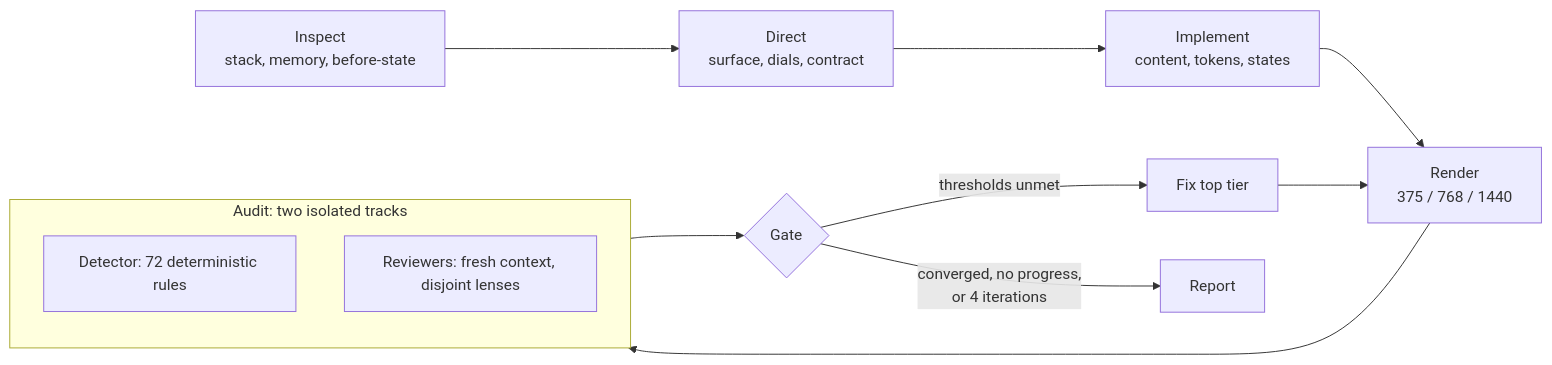
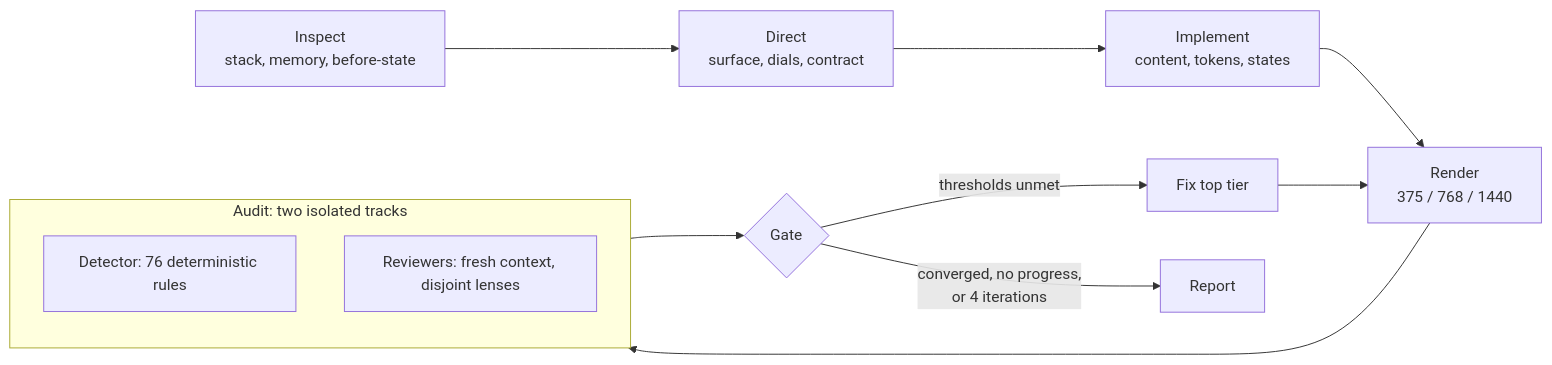
One commit to lexsantor/lexia-design changed the diagram in README.md. Above: the diagram before and after it, drawn with Mermaid. The commit also changed other lines of this file and 20 other files, not shown here.

````diff
--- a/README.md
+++ b/README.md
@@ -221,17 +226,17 @@
 ```mermaid
 flowchart LR
     A[Inspect<br/>stack, memory, before-state] --> B[Direct<br/>surface, dials, contract]
     B --> C[Implement<br/>content, tokens, states]
     C --> D[Render<br/>375 / 768 / 1440]
     D --> E[Audit]
     E --> F{Gate}
     F -->|thresholds unmet| G[Fix top tier]
     G --> D
     F -->|converged, no progress,<br/>or 4 iterations| H[Report]
 
     subgraph E [Audit: two isolated tracks]
         direction TB
-        E1[Detector: 72 deterministic rules]
+        E1[Detector: 76 deterministic rules]
         E2[Reviewers: fresh context, disjoint lenses]
     end
 ```
````
